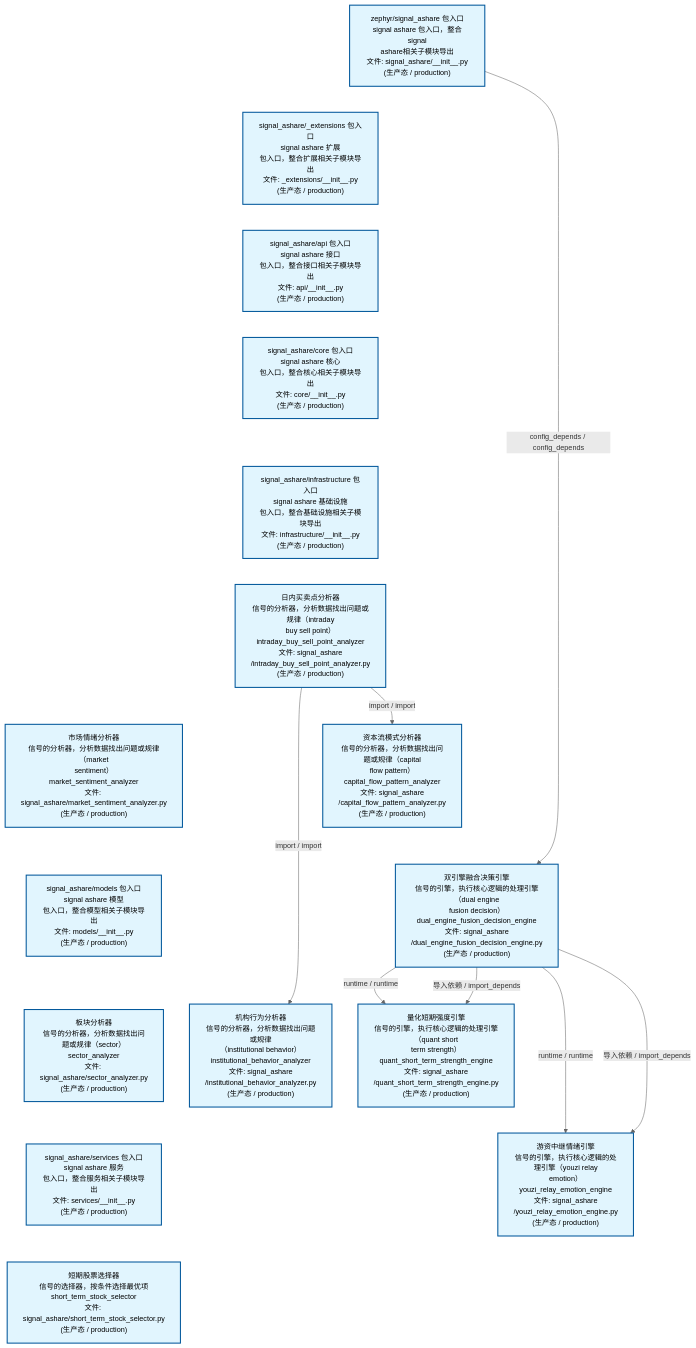
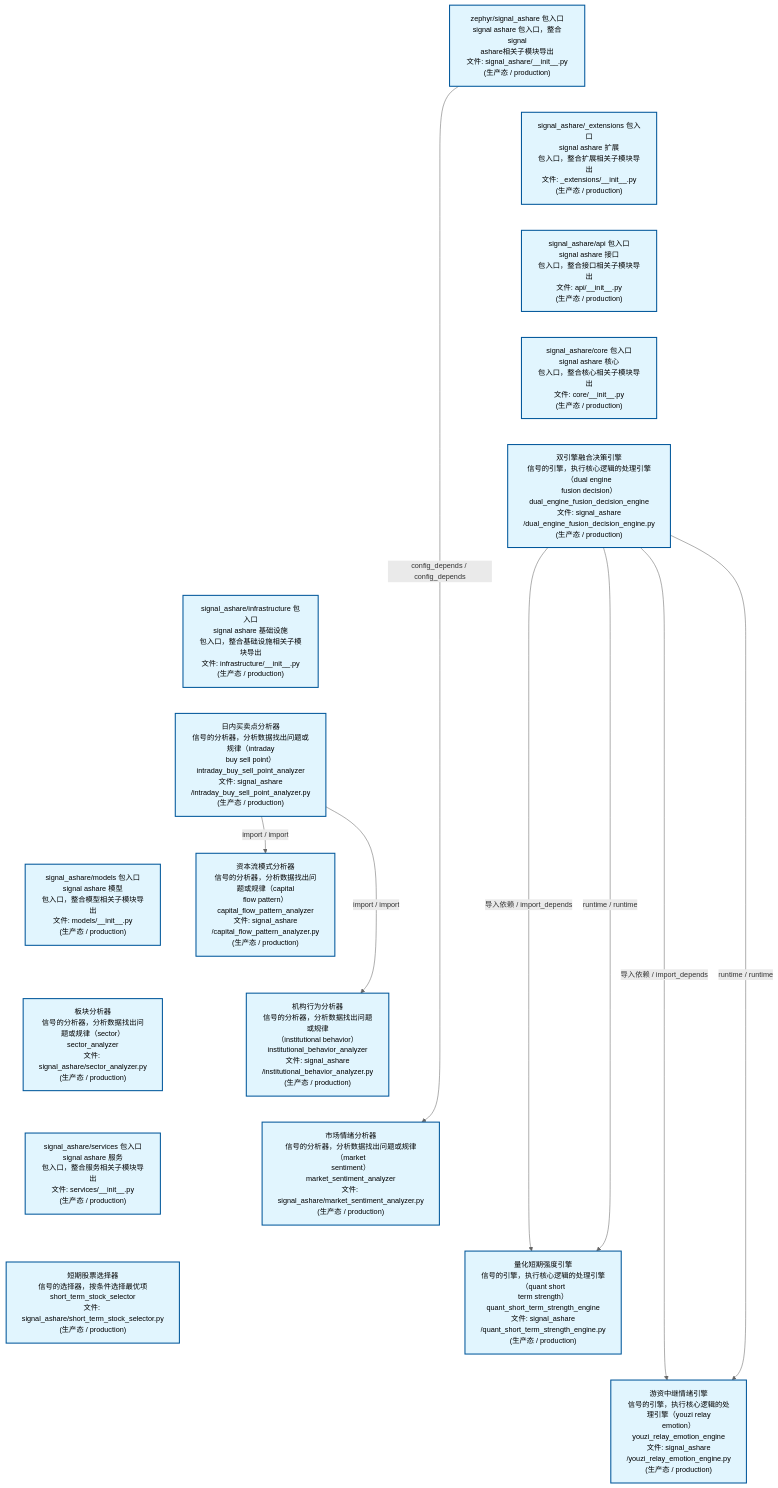
Before and after one commit to xuanFelixVan/ZephyrAlpha: the second of 4 diagrams in docs/02_enterprise_architecture/02_domain_architecture_docs/32_d_ashare_signal.md, drawn with Mermaid. The commit also changed other lines of this file and 55 other files, not shown here.

````diff
--- a/docs/02_enterprise_architecture/02_domain_architecture_docs/32_d_ashare_signal.md
+++ b/docs/02_enterprise_architecture/02_domain_architecture_docs/32_d_ashare_signal.md
@@ -163,45 +163,46 @@
 ```mermaid
 %%{init: {'theme': 'base', 'themeVariables': {'primaryColor': '#eaeaea', 'primaryTextColor': '#333333', 'primaryBorderColor': '#666666', 'lineColor': '#666666', 'secondaryColor': '#eaeaea', 'tertiaryColor': '#eaeaea', 'fontSize': '14px'}}}%%
 flowchart TD
     src_zephyr_signal_ashare_init_py["zephyr/signal_ashare 包入口<br/>signal ashare 包入口，整合signal<br/>ashare相关子模块导出<br/>文件: signal_ashare/__init__.py<br/>(生产态 / production)"]
     src_zephyr_signal_ashare_extensions_init_py["signal_ashare/_extensions 包入口<br/>signal ashare 扩展<br/>包入口，整合扩展相关子模块导出<br/>文件: _extensions/__init__.py<br/>(生产态 / production)"]
     src_zephyr_signal_ashare_api_init_py["signal_ashare/api 包入口<br/>signal ashare 接口<br/>包入口，整合接口相关子模块导出<br/>文件: api/__init__.py<br/>(生产态 / production)"]
     src_zephyr_signal_ashare_core_init_py["signal_ashare/core 包入口<br/>signal ashare 核心<br/>包入口，整合核心相关子模块导出<br/>文件: core/__init__.py<br/>(生产态 / production)"]
+    src_zephyr_signal_ashare_dual_engine_fusion_decision_engine_py["双引擎融合决策引擎<br/>信号的引擎，执行核心逻辑的处理引擎（dual engine<br/>fusion decision）<br/>dual_engine_fusion_decision_engine<br/>文件: signal_ashare<br/>/dual_engine_fusion_decision_engine.py<br/>(生产态 / production)"]
     src_zephyr_signal_ashare_infrastructure_init_py["signal_ashare/infrastructure 包入口<br/>signal ashare 基础设施<br/>包入口，整合基础设施相关子模块导出<br/>文件: infrastructure/__init__.py<br/>(生产态 / production)"]
     src_zephyr_signal_ashare_intraday_buy_sell_point_analyzer_py["日内买卖点分析器<br/>信号的分析器，分析数据找出问题或规律（intraday<br/>buy sell point）<br/>intraday_buy_sell_point_analyzer<br/>文件: signal_ashare<br/>/intraday_buy_sell_point_analyzer.py<br/>(生产态 / production)"]
-    src_zephyr_signal_ashare_market_sentiment_analyzer_py["市场情绪分析器<br/>信号的分析器，分析数据找出问题或规律（market<br/>sentiment）<br/>market_sentiment_analyzer<br/>文件: signal_ashare/market_sentiment_analyzer.py<br/>(生产态 / production)"]
     src_zephyr_signal_ashare_models_init_py["signal_ashare/models 包入口<br/>signal ashare 模型<br/>包入口，整合模型相关子模块导出<br/>文件: models/__init__.py<br/>(生产态 / production)"]
     src_zephyr_signal_ashare_sector_analyzer_py["板块分析器<br/>信号的分析器，分析数据找出问题或规律（sector）<br/>sector_analyzer<br/>文件: signal_ashare/sector_analyzer.py<br/>(生产态 / production)"]
     src_zephyr_signal_ashare_services_init_py["signal_ashare/services 包入口<br/>signal ashare 服务<br/>包入口，整合服务相关子模块导出<br/>文件: services/__init__.py<br/>(生产态 / production)"]
     src_zephyr_signal_ashare_short_term_stock_selector_py["短期股票选择器<br/>信号的选择器，按条件选择最优项<br/>short_term_stock_selector<br/>文件: signal_ashare/short_term_stock_selector.py<br/>(生产态 / production)"]
     src_zephyr_signal_ashare_init_py ~~~ src_zephyr_signal_ashare_extensions_init_py
     src_zephyr_signal_ashare_extensions_init_py ~~~ src_zephyr_signal_ashare_api_init_py
     src_zephyr_signal_ashare_api_init_py ~~~ src_zephyr_signal_ashare_core_init_py
-    src_zephyr_signal_ashare_core_init_py ~~~ src_zephyr_signal_ashare_infrastructure_init_py
+    src_zephyr_signal_ashare_core_init_py ~~~ src_zephyr_signal_ashare_dual_engine_fusion_decision_engine_py
+    src_zephyr_signal_ashare_dual_engine_fusion_decision_engine_py ~~~ src_zephyr_signal_ashare_infrastructure_init_py
     src_zephyr_signal_ashare_infrastructure_init_py ~~~ src_zephyr_signal_ashare_intraday_buy_sell_point_analyzer_py
-    src_zephyr_signal_ashare_intraday_buy_sell_point_analyzer_py ~~~ src_zephyr_signal_ashare_market_sentiment_analyzer_py
-    src_zephyr_signal_ashare_market_sentiment_analyzer_py ~~~ src_zephyr_signal_ashare_models_init_py
+    src_zephyr_signal_ashare_intraday_buy_sell_point_analyzer_py ~~~ src_zephyr_signal_ashare_models_init_py
     src_zephyr_signal_ashare_models_init_py ~~~ src_zephyr_signal_ashare_sector_analyzer_py
     src_zephyr_signal_ashare_sector_analyzer_py ~~~ src_zephyr_signal_ashare_services_init_py
     src_zephyr_signal_ashare_services_init_py ~~~ src_zephyr_signal_ashare_short_term_stock_selector_py
     src_zephyr_signal_ashare_capital_flow_pattern_analyzer_py["资本流模式分析器<br/>信号的分析器，分析数据找出问题或规律（capital<br/>flow pattern）<br/>capital_flow_pattern_analyzer<br/>文件: signal_ashare<br/>/capital_flow_pattern_analyzer.py<br/>(生产态 / production)"]
-    src_zephyr_signal_ashare_dual_engine_fusion_decision_engine_py["双引擎融合决策引擎<br/>信号的引擎，执行核心逻辑的处理引擎（dual engine<br/>fusion decision）<br/>dual_engine_fusion_decision_engine<br/>文件: signal_ashare<br/>/dual_engine_fusion_decision_engine.py<br/>(生产态 / production)"]
     src_zephyr_signal_ashare_institutional_behavior_analyzer_py["机构行为分析器<br/>信号的分析器，分析数据找出问题或规律<br/>（institutional behavior）<br/>institutional_behavior_analyzer<br/>文件: signal_ashare<br/>/institutional_behavior_analyzer.py<br/>(生产态 / production)"]
-    src_zephyr_signal_ashare_capital_flow_pattern_analyzer_py ~~~ src_zephyr_signal_ashare_dual_engine_fusion_decision_engine_py
-    src_zephyr_signal_ashare_dual_engine_fusion_decision_engine_py ~~~ src_zephyr_signal_ashare_institutional_behavior_analyzer_py
+    src_zephyr_signal_ashare_market_sentiment_analyzer_py["市场情绪分析器<br/>信号的分析器，分析数据找出问题或规律（market<br/>sentiment）<br/>market_sentiment_analyzer<br/>文件: signal_ashare/market_sentiment_analyzer.py<br/>(生产态 / production)"]
     src_zephyr_signal_ashare_quant_short_term_strength_engine_py["量化短期强度引擎<br/>信号的引擎，执行核心逻辑的处理引擎（quant short<br/>term strength）<br/>quant_short_term_strength_engine<br/>文件: signal_ashare<br/>/quant_short_term_strength_engine.py<br/>(生产态 / production)"]
     src_zephyr_signal_ashare_youzi_relay_emotion_engine_py["游资中继情绪引擎<br/>信号的引擎，执行核心逻辑的处理引擎（youzi relay<br/>emotion）<br/>youzi_relay_emotion_engine<br/>文件: signal_ashare<br/>/youzi_relay_emotion_engine.py<br/>(生产态 / production)"]
+    src_zephyr_signal_ashare_capital_flow_pattern_analyzer_py ~~~ src_zephyr_signal_ashare_institutional_behavior_analyzer_py
+    src_zephyr_signal_ashare_institutional_behavior_analyzer_py ~~~ src_zephyr_signal_ashare_market_sentiment_analyzer_py
+    src_zephyr_signal_ashare_market_sentiment_analyzer_py ~~~ src_zephyr_signal_ashare_quant_short_term_strength_engine_py
     src_zephyr_signal_ashare_quant_short_term_strength_engine_py ~~~ src_zephyr_signal_ashare_youzi_relay_emotion_engine_py
-    src_zephyr_signal_ashare_dual_engine_fusion_decision_engine_py -->|runtime / runtime| src_zephyr_signal_ashare_quant_short_term_strength_engine_py
-    src_zephyr_signal_ashare_dual_engine_fusion_decision_engine_py -->|导入依赖 / import_depends| src_zephyr_signal_ashare_quant_short_term_strength_engine_py
-    src_zephyr_signal_ashare_dual_engine_fusion_decision_engine_py -->|runtime / runtime| src_zephyr_signal_ashare_youzi_relay_emotion_engine_py
-    src_zephyr_signal_ashare_dual_engine_fusion_decision_engine_py -->|导入依赖 / import_depends| src_zephyr_signal_ashare_youzi_relay_emotion_engine_py
     src_zephyr_signal_ashare_intraday_buy_sell_point_analyzer_py -->|import / import| src_zephyr_signal_ashare_capital_flow_pattern_analyzer_py
     src_zephyr_signal_ashare_intraday_buy_sell_point_analyzer_py -->|import / import| src_zephyr_signal_ashare_institutional_behavior_analyzer_py
-    src_zephyr_signal_ashare_init_py -->|config_depends / config_depends| src_zephyr_signal_ashare_dual_engine_fusion_decision_engine_py
+    src_zephyr_signal_ashare_dual_engine_fusion_decision_engine_py -->|导入依赖 / import_depends| src_zephyr_signal_ashare_quant_short_term_strength_engine_py
+    src_zephyr_signal_ashare_dual_engine_fusion_decision_engine_py -->|runtime / runtime| src_zephyr_signal_ashare_quant_short_term_strength_engine_py
+    src_zephyr_signal_ashare_dual_engine_fusion_decision_engine_py -->|导入依赖 / import_depends| src_zephyr_signal_ashare_youzi_relay_emotion_engine_py
+    src_zephyr_signal_ashare_dual_engine_fusion_decision_engine_py -->|runtime / runtime| src_zephyr_signal_ashare_youzi_relay_emotion_engine_py
+    src_zephyr_signal_ashare_init_py -->|config_depends / config_depends| src_zephyr_signal_ashare_market_sentiment_analyzer_py
     classDef production fill:#e1f5fe,stroke:#01579b,stroke-width:2px,color:#000
     classDef design fill:#fff3e0,stroke:#e65100,stroke-width:2px,color:#000,stroke-dasharray: 5 5
     classDef external_prod fill:#e8f4fd,stroke:#0277bd,stroke-width:1px,color:#000
     classDef external_design fill:#fff8e7,stroke:#ef6c00,stroke-width:1px,color:#000,stroke-dasharray: 5 5
     class src_zephyr_signal_ashare_init_py,src_zephyr_signal_ashare_extensions_init_py,src_zephyr_signal_ashare_api_init_py,src_zephyr_signal_ashare_capital_flow_pattern_analyzer_py,src_zephyr_signal_ashare_core_init_py,src_zephyr_signal_ashare_dual_engine_fusion_decision_engine_py,src_zephyr_signal_ashare_infrastructure_init_py,src_zephyr_signal_ashare_institutional_behavior_analyzer_py,src_zephyr_signal_ashare_intraday_buy_sell_point_analyzer_py,src_zephyr_signal_ashare_market_sentiment_analyzer_py,src_zephyr_signal_ashare_models_init_py,src_zephyr_signal_ashare_quant_short_term_strength_engine_py,src_zephyr_signal_ashare_sector_analyzer_py,src_zephyr_signal_ashare_services_init_py,src_zephyr_signal_ashare_short_term_stock_selector_py,src_zephyr_signal_ashare_youzi_relay_emotion_engine_py production
 ```
````
